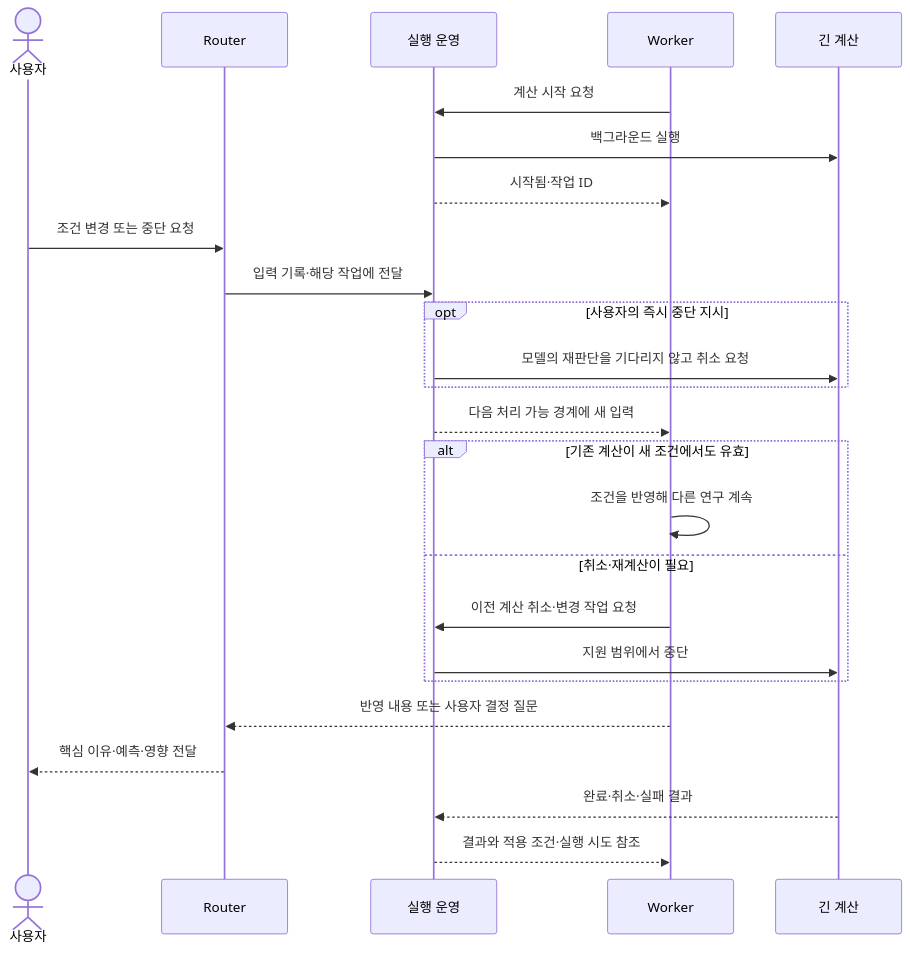
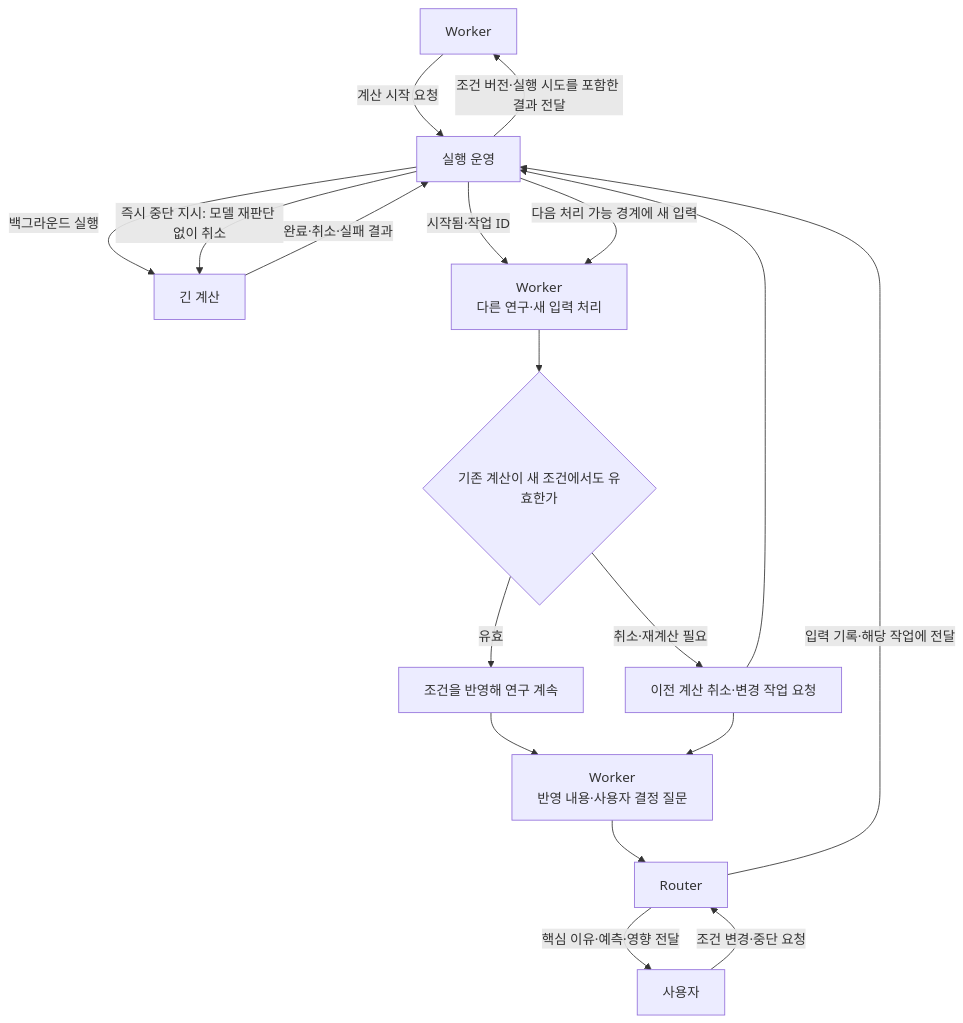
Before and after one commit to Rmayana/frontier-research-harness: the seventh of 11 diagrams in docs/ARCHITECTURE.md, drawn with Mermaid. The commit also changed other lines of this file, not shown here.

Commit message:
docs: convert architecture sequence and state diagrams to flowcharts

````diff
--- a/docs/ARCHITECTURE.md
+++ b/docs/ARCHITECTURE.md
@@ -247,27 +244,20 @@
 ```mermaid
-sequenceDiagram
-    actor U as 사용자
-    participant R as Router
-    participant O as 실행 운영
-    participant W as Worker
-    participant E as 긴 계산
-    W->>O: 계산 시작 요청
-    O->>E: 백그라운드 실행
-    O-->>W: 시작됨·작업 ID
-    U->>R: 조건 변경 또는 중단 요청
-    R->>O: 입력 기록·해당 작업에 전달
-    opt 사용자의 즉시 중단 지시
-        O->>E: 모델의 재판단을 기다리지 않고 취소 요청
-    end
-    O-->>W: 다음 처리 가능 경계에 새 입력
-    alt 기존 계산이 새 조건에서도 유효
-        W->>W: 조건을 반영해 다른 연구 계속
-    else 취소·재계산이 필요
-        W->>O: 이전 계산 취소·변경 작업 요청
-        O->>E: 지원 범위에서 중단
-    end
-    W-->>R: 반영 내용 또는 사용자 결정 질문
-    R-->>U: 핵심 이유·예측·영향 전달
-    E-->>O: 완료·취소·실패 결과
-    O-->>W: 결과와 적용 조건·실행 시도 참조
+flowchart TB
+    W["Worker"] -->|계산 시작 요청| O["실행 운영"]
+    O -->|백그라운드 실행| E["긴 계산"]
+    O -->|시작됨·작업 ID| CONT["Worker<br/>다른 연구·새 입력 처리"]
+    U["사용자"] -->|조건 변경·중단 요청| R["Router"]
+    R -->|입력 기록·해당 작업에 전달| O
+    O -->|즉시 중단 지시: 모델 재판단 없이 취소| E
+    O -->|다음 처리 가능 경계에 새 입력| CONT
+    CONT --> VALID{"기존 계산이 새 조건에서도 유효한가"}
+    VALID -->|유효| KEEP["조건을 반영해 연구 계속"]
+    VALID -->|취소·재계산 필요| CHANGE["이전 계산 취소·변경 작업 요청"]
+    CHANGE --> O
+    KEEP --> REPORT["Worker<br/>반영 내용·사용자 결정 질문"]
+    CHANGE --> REPORT
+    REPORT --> R
+    R -->|핵심 이유·예측·영향 전달| U
+    E -->|완료·취소·실패 결과| O
+    O -->|조건 버전·실행 시도를 포함한 결과 전달| W
 ```
````
